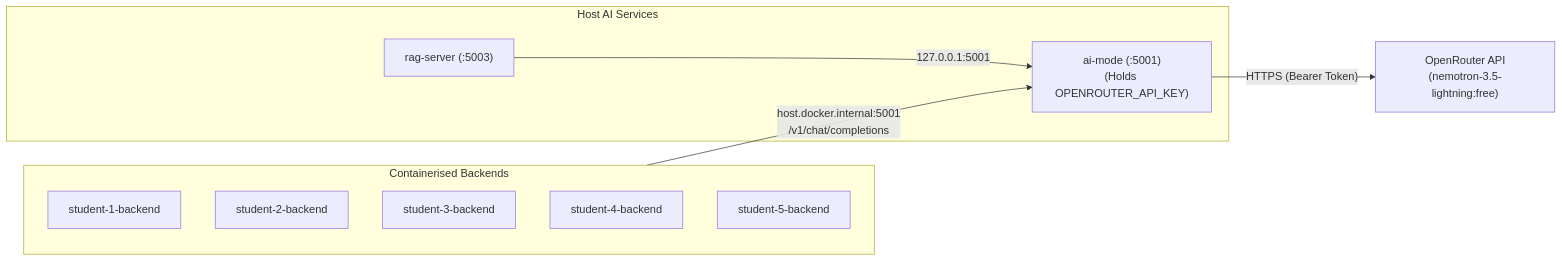
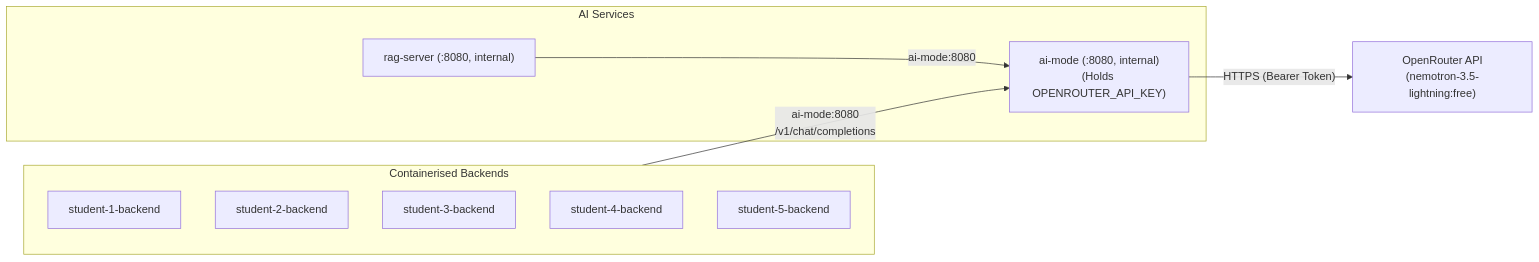
Before and after one commit to AmAComputerNerd/41026--software-development-project: the diagram in ai-services/ai-mode/README.md, drawn with Mermaid. The commit also changed other lines of this file and 31 other files, not shown here.

Commit message:
Move ai services back inside Docker

````diff
--- a/ai-services/ai-mode/README.md
+++ b/ai-services/ai-mode/README.md
@@ -7,19 +7,19 @@
 ```mermaid
 flowchart LR
     subgraph Backends["Containerised Backends"]
         S1["student-1-backend"]
         S2["student-2-backend"]
         S3["student-3-backend"]
         S4["student-4-backend"]
         S5["student-5-backend"]
     end
 
-    subgraph HostServices["Host AI Services"]
-        RAG["rag-server (:5003)"]
-        AIM["ai-mode (:5001)<br>(Holds OPENROUTER_API_KEY)"]
+    subgraph AIServices["AI Services"]
+        RAG["rag-server (:8080, internal)"]
+        AIM["ai-mode (:8080, internal)<br>(Holds OPENROUTER_API_KEY)"]
     end
 
-    Backends -- "host.docker.internal:5001<br>/v1/chat/completions" --> AIM
-    RAG -- "127.0.0.1:5001" --> AIM
+    Backends -- "ai-mode:8080<br>/v1/chat/completions" --> AIM
+    RAG -- "ai-mode:8080" --> AIM
     AIM -- "HTTPS (Bearer Token)" --> OpenRouter["OpenRouter API<br>(nemotron-3.5-lightning:free)"]
 ```
````
